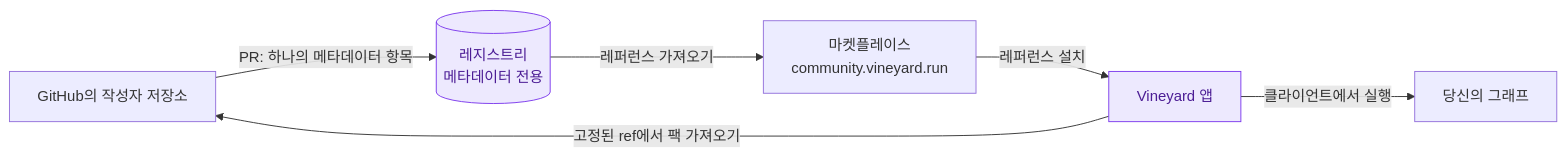
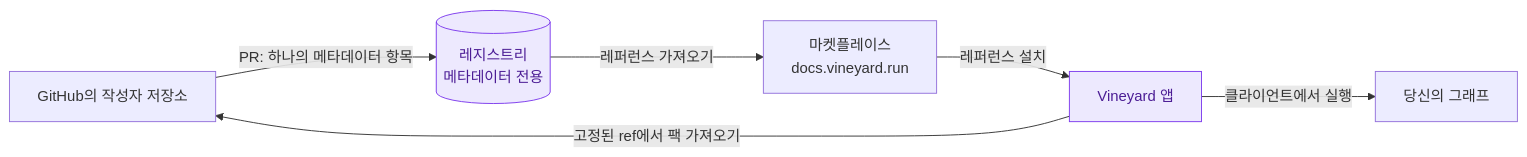
One commit to Vineyard-Intelligence/documentation changed the diagram in docs/index.ko.md. Above: the diagram before and after it, drawn with Mermaid. The commit also changed 100 other files, not shown here.

````diff
--- a/docs/index.ko.md
+++ b/docs/index.ko.md
@@ -48,10 +48,10 @@
 ```mermaid
 flowchart LR
     A[GitHub의 작성자 저장소] -->|PR: 하나의 메타데이터 항목| B[(레지스트리<br/>메타데이터 전용)]
-    B -->|레퍼런스 가져오기| C[마켓플레이스<br/>community.vineyard.run]
+    B -->|레퍼런스 가져오기| C[마켓플레이스<br/>docs.vineyard.run]
     C -->|레퍼런스 설치| D[Vineyard 앱]
     D -->|고정된 ref에서 팩 가져오기| A
     D -->|클라이언트에서 실행| E[당신의 그래프]
     style B fill:#ede9fe,stroke:#7c3aed,color:#4c1d95
     style D fill:#ede9fe,stroke:#7c3aed,color:#4c1d95
 ```
````
